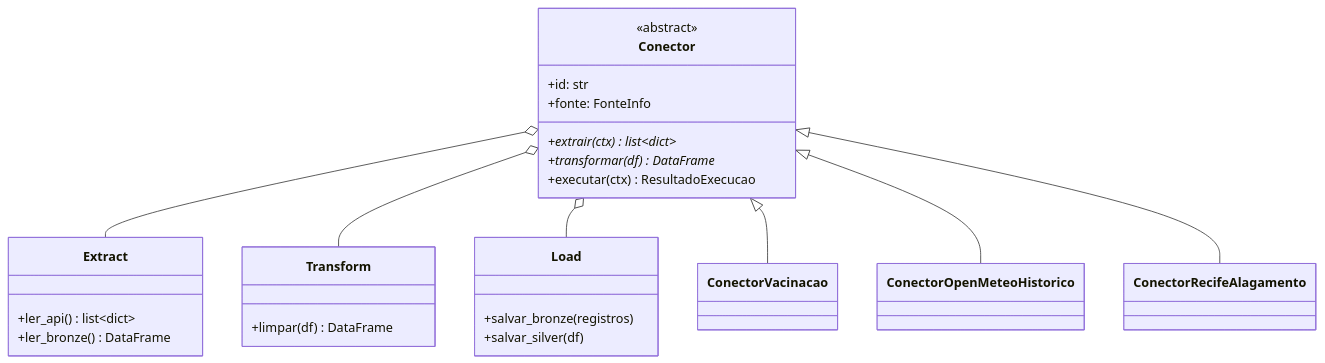
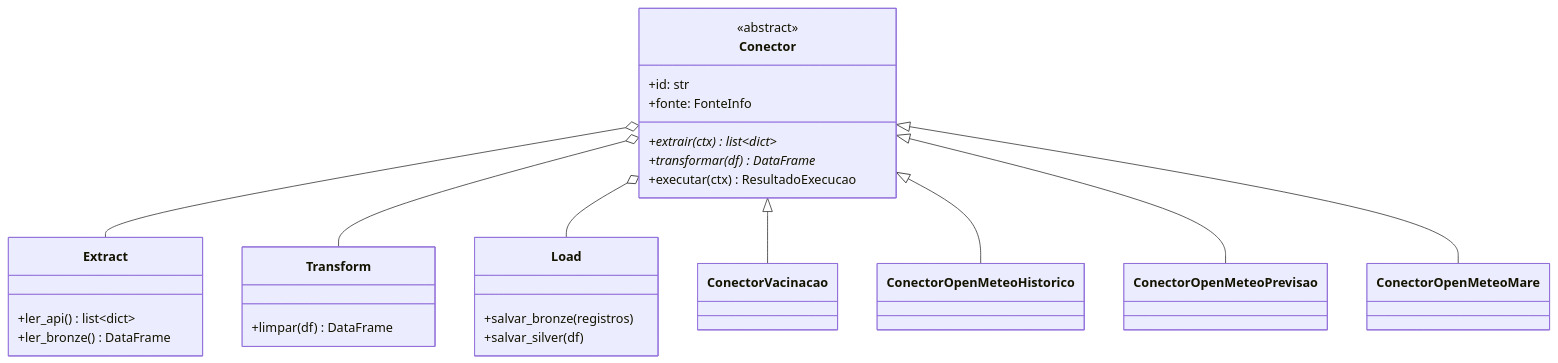
The third of 3 diagrams in docs/arquitetura.md (Rafaellc-DEV/ClimaSense), drawn with Mermaid before and after one commit. The commit also changed other lines of this file and 171 other files, not shown here.

````diff
--- a/docs/arquitetura.md
+++ b/docs/arquitetura.md
@@ -99,28 +99,29 @@
 ```mermaid
 classDiagram
   class Extract {
     +ler_api() list~dict~
     +ler_bronze() DataFrame
   }
   class Transform {
     +limpar(df) DataFrame
   }
   class Load {
     +salvar_bronze(registros)
     +salvar_silver(df)
   }
   class Conector {
     <<abstract>>
     +id: str
     +fonte: FonteInfo
     +extrair(ctx)* list~dict~
     +transformar(df)* DataFrame
     +executar(ctx) ResultadoExecucao
   }
   Conector o-- Extract
   Conector o-- Transform
   Conector o-- Load
   Conector <|-- ConectorVacinacao
   Conector <|-- ConectorOpenMeteoHistorico
-  Conector <|-- ConectorRecifeAlagamento
+  Conector <|-- ConectorOpenMeteoPrevisao
+  Conector <|-- ConectorOpenMeteoMare
 ```
````
